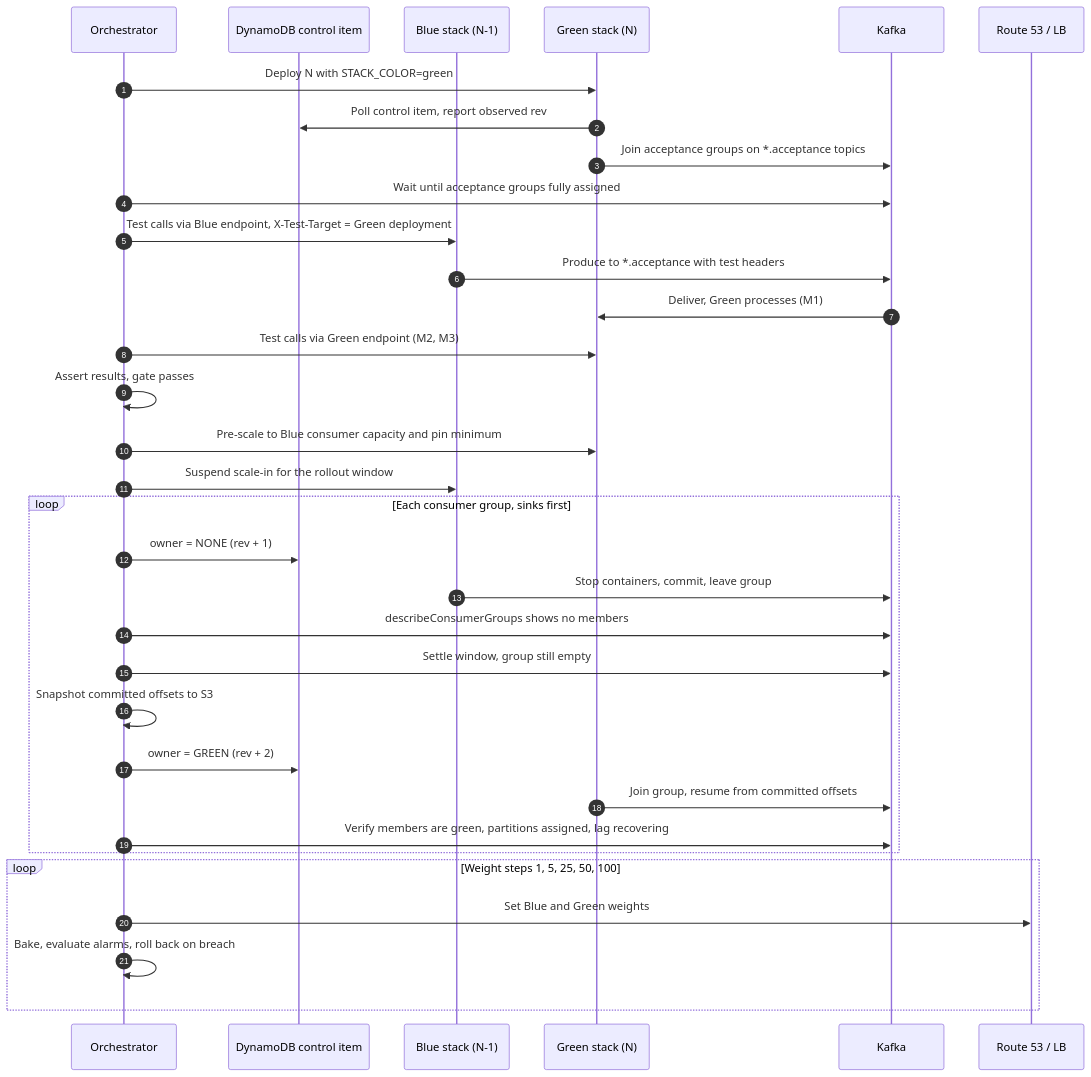
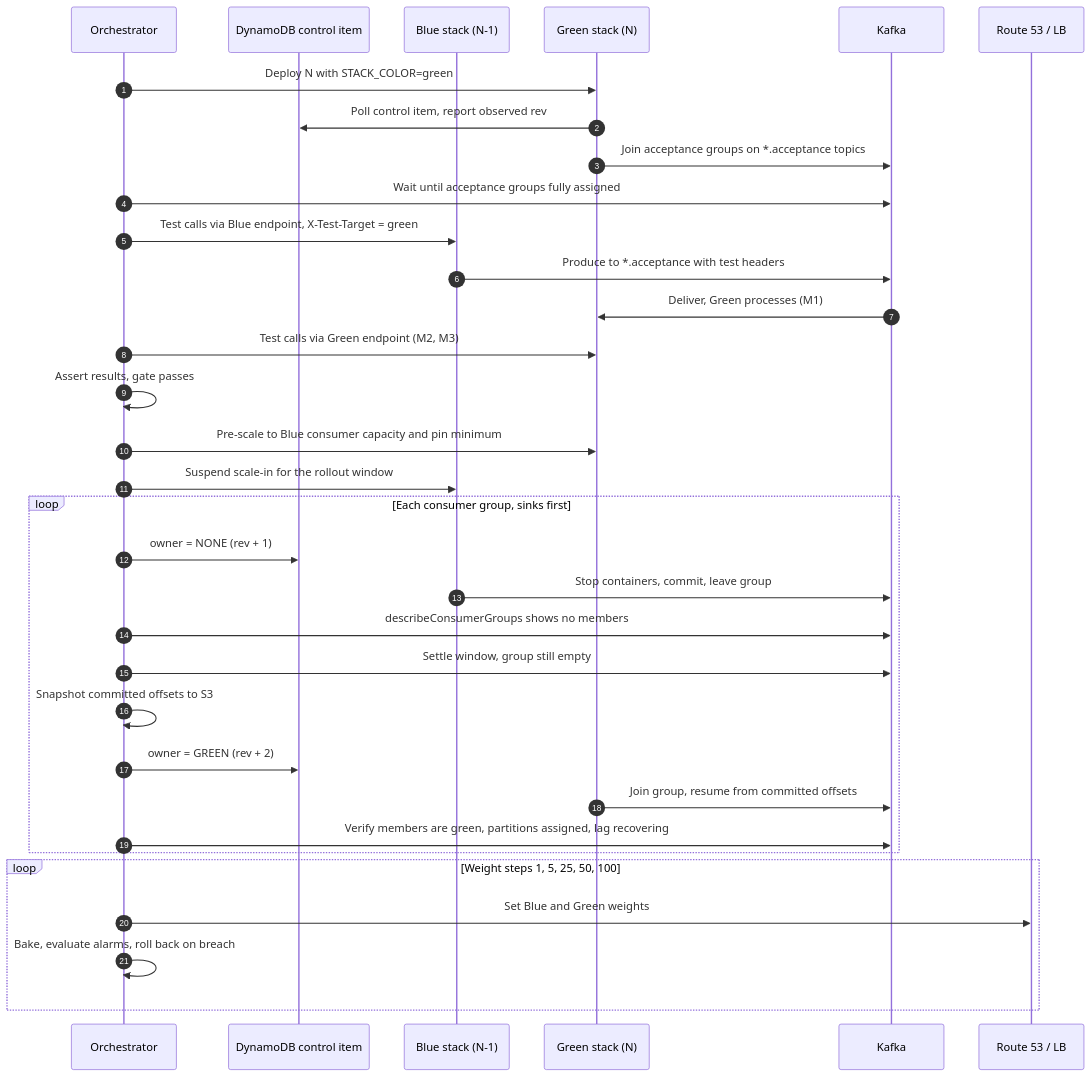
Before and after one commit to kr-shrey/personal-notes: the first of 2 diagrams in consumer-canary-strategy.md, drawn with Mermaid. The commit also changed other lines of this file, not shown here.

````diff
--- a/consumer-canary-strategy.md
+++ b/consumer-canary-strategy.md
@@ -745,38 +739,38 @@
 ```mermaid
 sequenceDiagram
     autonumber
     participant O as Orchestrator
     participant D as DynamoDB control item
     participant B as Blue stack (N-1)
     participant G as Green stack (N)
     participant K as Kafka
     participant R as Route 53 / LB
 
     O->>G: Deploy N with STACK_COLOR=green
     G->>D: Poll control item, report observed rev
     G->>K: Join acceptance groups on *.acceptance topics
     O->>K: Wait until acceptance groups fully assigned
-    O->>B: Test calls via Blue endpoint, X-Test-Target = Green deployment
+    O->>B: Test calls via Blue endpoint, X-Test-Target = green
     B->>K: Produce to *.acceptance with test headers
     K->>G: Deliver, Green processes (M1)
     O->>G: Test calls via Green endpoint (M2, M3)
     O->>O: Assert results, gate passes
     O->>G: Pre-scale to Blue consumer capacity and pin minimum
     O->>B: Suspend scale-in for the rollout window
 
     loop Each consumer group, sinks first
         O->>D: owner = NONE (rev + 1)
         B->>K: Stop containers, commit, leave group
         O->>K: describeConsumerGroups shows no members
         O->>K: Settle window, group still empty
         O->>O: Snapshot committed offsets to S3
         O->>D: owner = GREEN (rev + 2)
         G->>K: Join group, resume from committed offsets
         O->>K: Verify members are green, partitions assigned, lag recovering
     end
 
     loop Weight steps 1, 5, 25, 50, 100
         O->>R: Set Blue and Green weights
         O->>O: Bake, evaluate alarms, roll back on breach
     end
 ```
````
